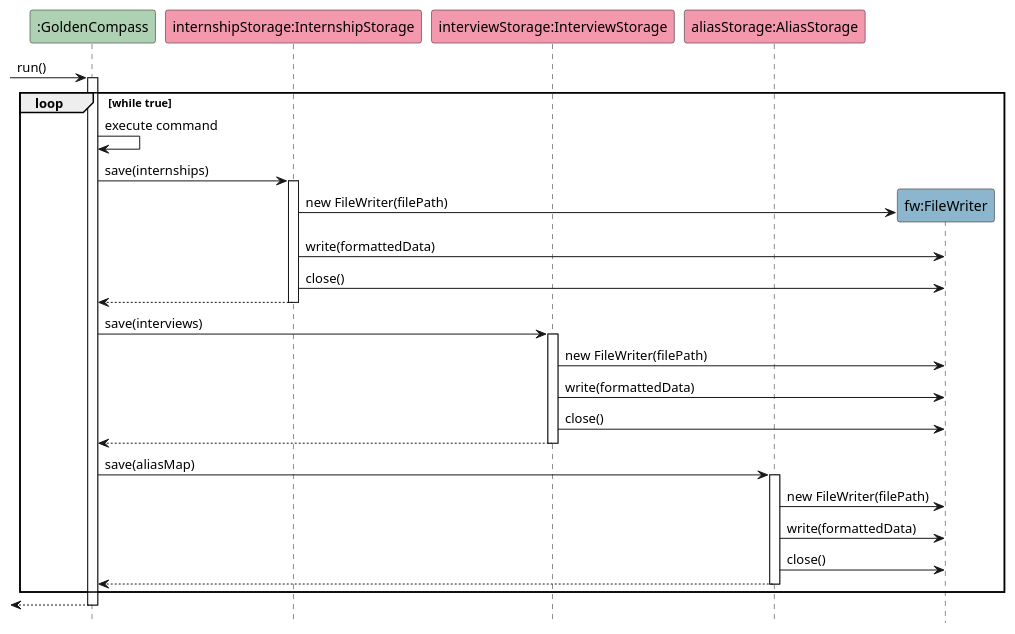
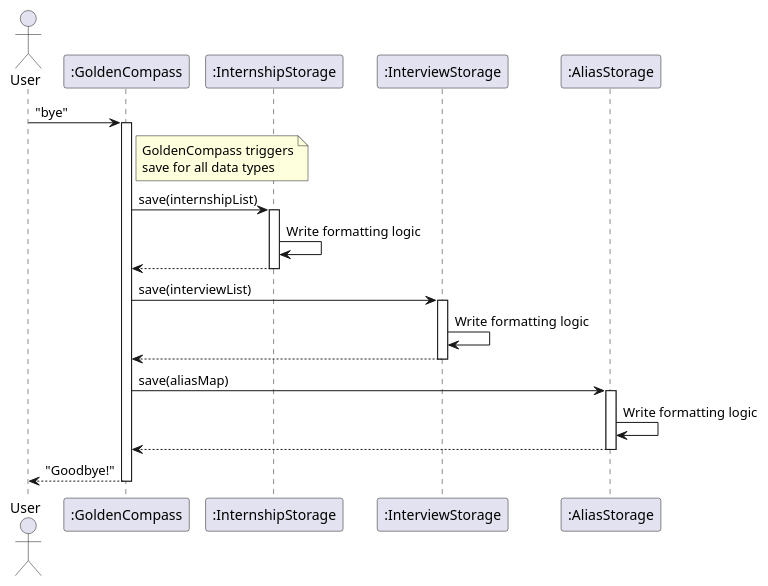
The diagram in docs/diagrams/StorageSequenceDiagram.puml (AY2526S2-CS2113-W10-4/tp), drawn with PlantUML before and after one commit. The commit also changed 11 other files, not shown here.

Commit message:
fixed sequence diagram format

```diff
--- a/docs/diagrams/StorageSequenceDiagram.puml
+++ b/docs/diagrams/StorageSequenceDiagram.puml
@@ -1,46 +1,33 @@
 @startuml
-hide footbox
-skinparam maxMessageSize 150
+actor User
+participant ":GoldenCompass" as GC
+participant ":InternshipStorage" as InternStorage
+participant ":InterviewStorage" as InterviewStorage
+participant ":AliasStorage" as AliasStorage
 
-participant ":GoldenCompass" as GoldenCompass #ADD1B2
-participant "internshipStorage:InternshipStorage" as InternshipStorage #F498AD
-participant "interviewStorage:InterviewStorage" as InterviewStorage #F498AD
-participant "aliasStorage:AliasStorage" as AliasStorage #F498AD
-participant "fw:FileWriter" as FileWriter #8CB6CE
+User -> GC : "bye"
+activate GC
 
-[-> GoldenCompass : run()
-activate GoldenCompass
+note right of GC : GoldenCompass triggers\nsave for all data types
 
-loop while true
-    GoldenCompass -> GoldenCompass : execute command
+GC -> InternStorage : save(internshipList)
+activate InternStorage
+InternStorage -> InternStorage : Write formatting logic
+InternStorage --> GC
+deactivate InternStorage
 
-    GoldenCompass -> InternshipStorage : save(internships)
-    activate InternshipStorage
-    create FileWriter
-    InternshipStorage -> FileWriter : new FileWriter(filePath)
-    InternshipStorage -> FileWriter : write(formattedData)
-    InternshipStorage -> FileWriter : close()
-    InternshipStorage --> GoldenCompass
-    deactivate InternshipStorage
+GC -> InterviewStorage : save(interviewList)
+activate InterviewStorage
+InterviewStorage -> InterviewStorage : Write formatting logic
+InterviewStorage --> GC
+deactivate InterviewStorage
 
-    GoldenCompass -> InterviewStorage : save(interviews)
-    activate InterviewStorage
-    InterviewStorage -> FileWriter : new FileWriter(filePath)
-    InterviewStorage -> FileWriter : write(formattedData)
-    InterviewStorage -> FileWriter : close()
-    InterviewStorage --> GoldenCompass
-    deactivate InterviewStorage
+GC -> AliasStorage : save(aliasMap)
+activate AliasStorage
+AliasStorage -> AliasStorage : Write formatting logic
+AliasStorage --> GC
+deactivate AliasStorage
 
-    GoldenCompass -> AliasStorage : save(aliasMap)
-    activate AliasStorage
-    AliasStorage -> FileWriter : new FileWriter(filePath)
-    AliasStorage -> FileWriter : write(formattedData)
-    AliasStorage -> FileWriter : close()
-    AliasStorage --> GoldenCompass
-    deactivate AliasStorage
-end
-
-[<-- GoldenCompass
-deactivate GoldenCompass
-
+GC --> User : "Goodbye!"
+deactivate GC
 @enduml
```
